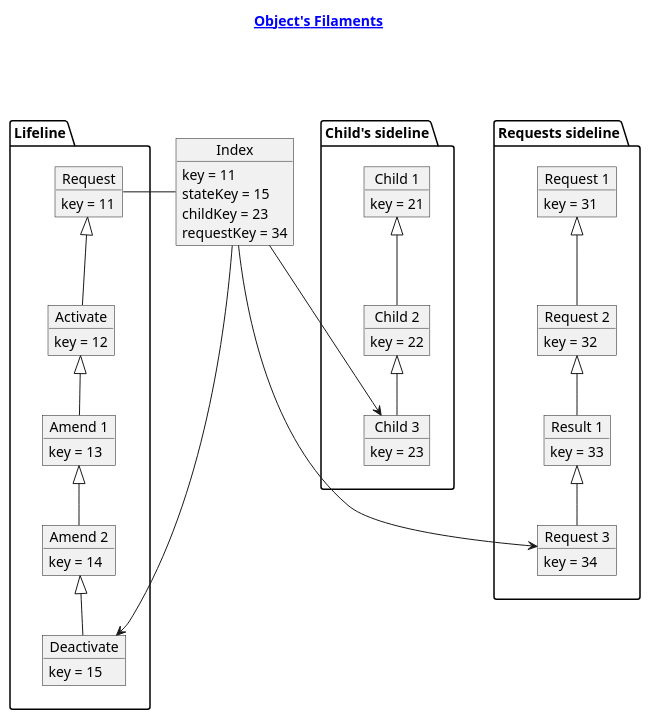
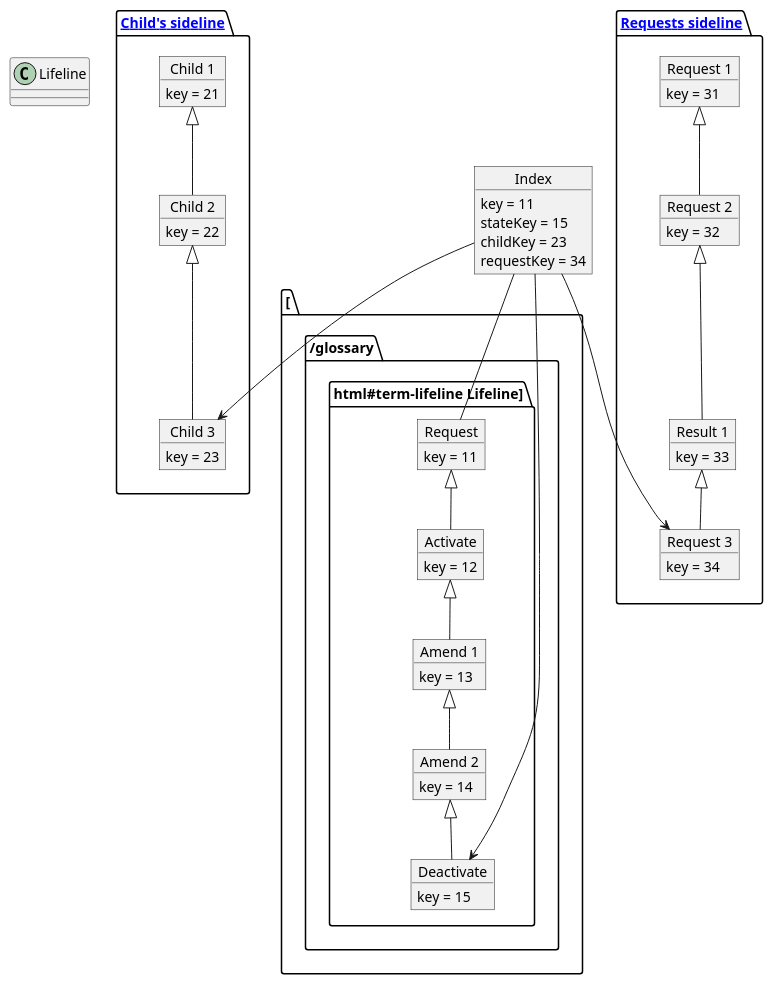
The third of 3 diagrams in docs/source/architecture.rst (sofiayem/rtd-doc-tests), drawn with PlantUML before and after one commit. The commit also changed other lines of this file, not shown here.

Commit message:
unification

```diff
--- a/docs/source/architecture.rst
+++ b/docs/source/architecture.rst
@@ -615,65 +615,63 @@
 .. uml::
 
-   title [[../glossary.html#term-filament Object's Filaments]]
-
-   package "Lifeline" [[../glossary.html#term-lifeline]] {
+   package "[[../glossary.html#term-lifeline Lifeline]]" {
       object Request
       object Activate
       object "Amend 1" as Amend1
       object "Amend 2" as Amend2
       object Deactivate
    }
    object Index
 
    Amend2 <|-- Deactivate
    Amend1 <|-- Amend2
    Activate <|-- Amend1
    Request <|-- Activate
 
-   package "Child's sideline" as chsl [[../glossary.html#term-sideline]] {
+   package "[[../glossary.html#term-sideline Child's sideline]]" as chsl {
       object "Child 1" as Child1
       object "Child 2" as Child2
       object "Child 3" as Child3
    }
 
    Child1 <|-- Child2
    Child2 <|-- Child3
 
-   package "Requests sideline" as rsl [[../glossary.html#term-sideline]] {
+   package "[[../glossary.html#term-sideline Requests sideline]]" as rsl {
       object "Request 1" as Req1
       object "Request 2" as Req2
       object "Result 1" as Res1
       object "Request 3" as Req3
    }
 
    Req1 <|-- Req2
    Req2 <|-- Res1
    Res1 <|-- Req3
 
    Request : key = 11
    Activate : key = 12
    Amend1 : key = 13
    Amend2 : key = 14
    Deactivate : key = 15
 
    Child1 : key = 21
    Child2 : key = 22
    Child3 : key = 23
 
    Req1 : key = 31
    Req2 : key = 32
    Res1 : key = 33
    Req3 : key = 34
 
    Index : key = 11
    Index : stateKey = 15
    Index : childKey = 23
    Index : requestKey = 34
 
    Index -- Request
    Index --> Deactivate
    Index --> Child3
    Index --> Req3
    Lifeline -[hidden]r- chsl
    chsl -[hidden]r- rsl
    rsl  -[hidden]r- Index
```
